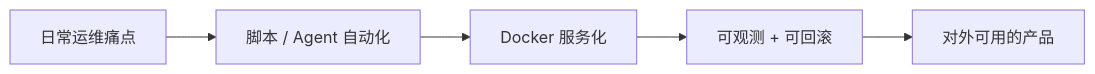
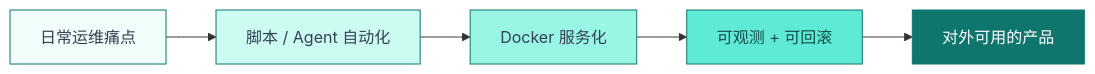
The diagram in README.md (aiqinghaiwork163/aiqinghaiwork163), drawn with Mermaid before and after one commit. The commit also changed other lines of this file, not shown here.

````diff
--- a/README.md
+++ b/README.md
@@ -126,7 +179,13 @@
 ```mermaid
 flowchart LR
   A[日常运维痛点] --> B[脚本 / Agent 自动化]
   B --> C[Docker 服务化]
   C --> D[可观测 + 可回滚]
   D --> E[对外可用的产品]
+
+  style A fill:#f0fdfa,stroke:#0F766E,color:#334155
+  style B fill:#ccfbf1,stroke:#0F766E,color:#334155
+  style C fill:#99f6e4,stroke:#0F766E,color:#334155
+  style D fill:#5eead4,stroke:#0F766E,color:#134e4a
+  style E fill:#0F766E,stroke:#0F766E,color:#ffffff
 ```
````
